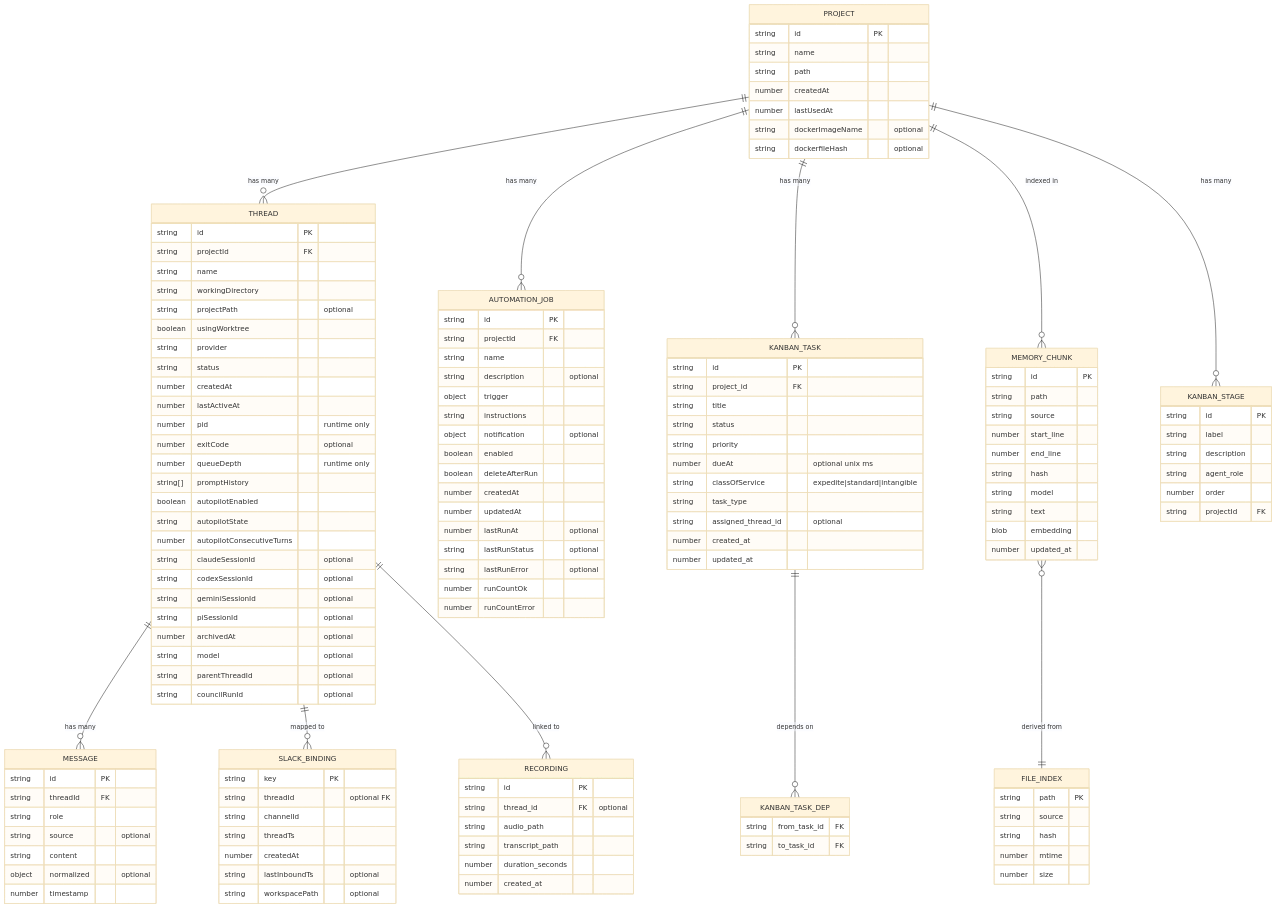
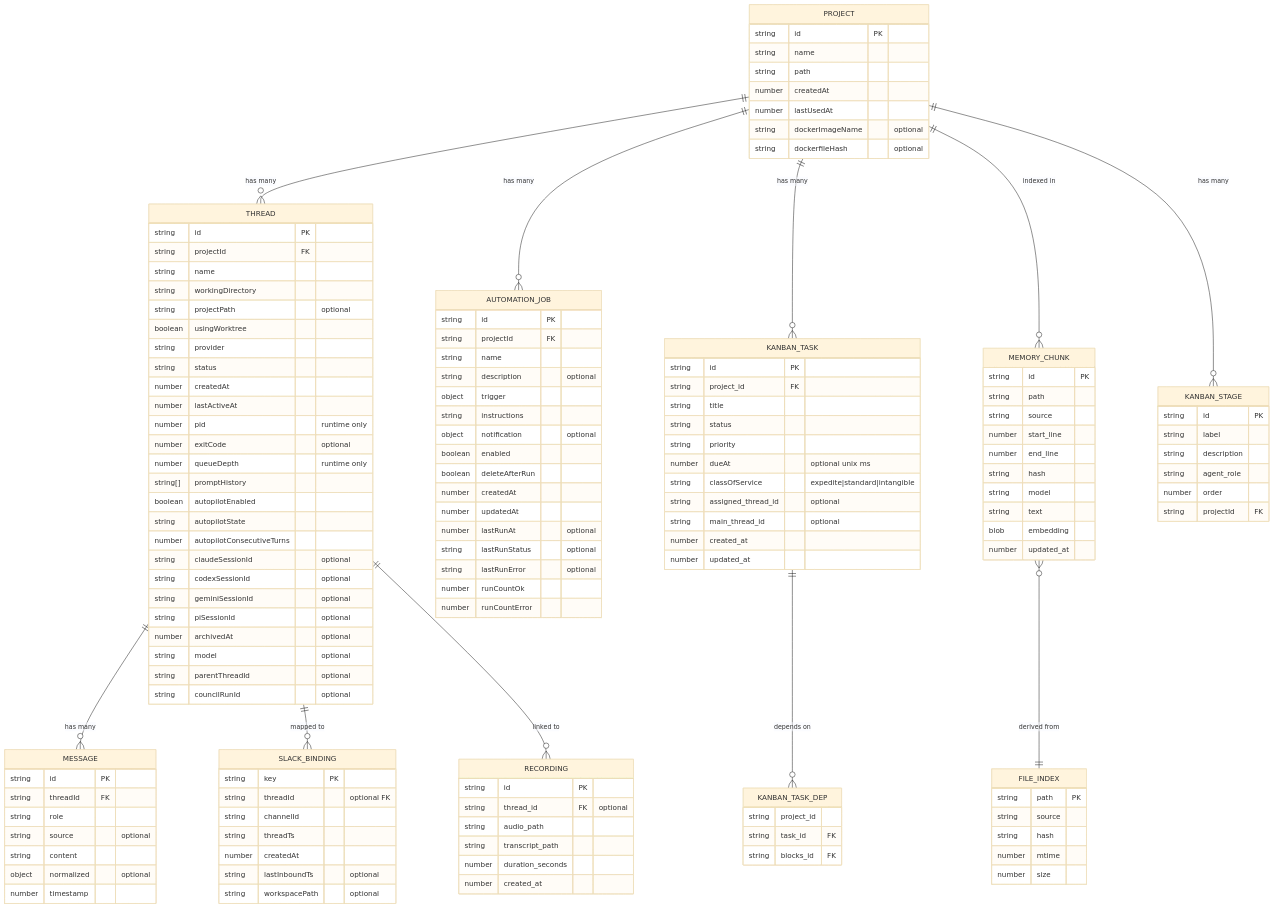
Before and after one commit to shinydrift/workspace: the diagram in wiki/05-data-model.md, drawn with Mermaid (base theme). The commit also changed other lines of this file and 9 other files, not shown here.

```diff
--- a/wiki/05-data-model.md
+++ b/wiki/05-data-model.md
@@ -138,15 +138,16 @@
     string priority
     number dueAt "optional unix ms"
     string classOfService "expedite|standard|intangible"
-    string task_type
     string assigned_thread_id "optional"
+    string main_thread_id "optional"
     number created_at
     number updated_at
   }
 
   KANBAN_TASK_DEP {
-    string from_task_id FK
-    string to_task_id FK
+    string project_id
+    string task_id FK
+    string blocks_id FK
   }
 
   RECORDING {
```
